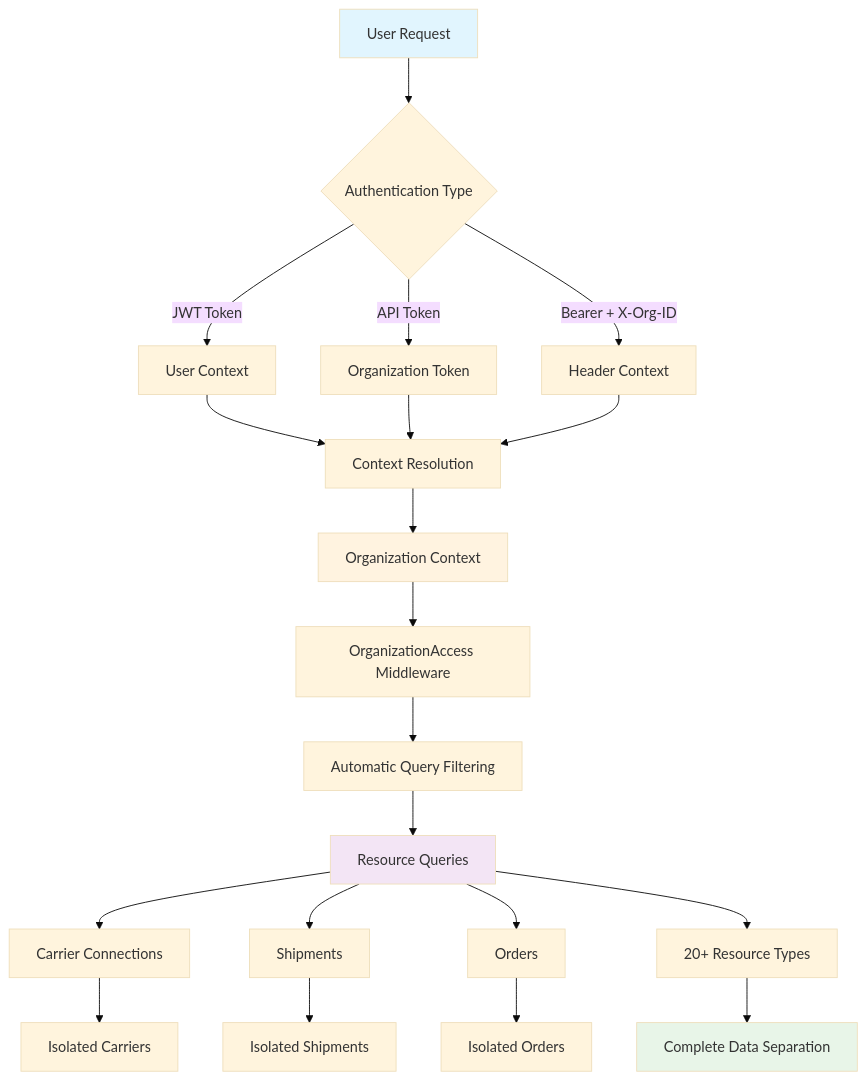
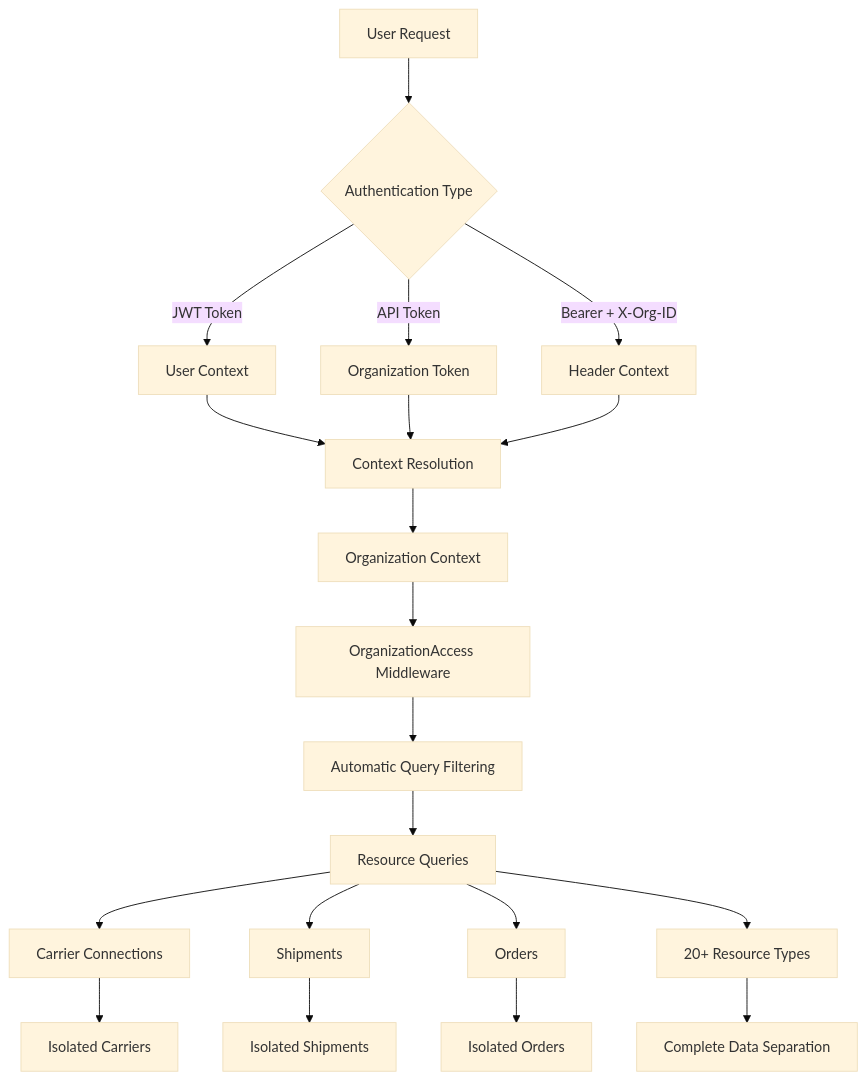
Before and after one commit to karrioapi/karrio: the first of 2 diagrams in apps/web/src/app/docs/products/multi-orgs/page.mdx, drawn with Mermaid (base theme). The commit also changed other lines of this file and 34 other files, not shown here.

````diff
--- a/apps/web/src/app/docs/products/multi-orgs/page.mdx
+++ b/apps/web/src/app/docs/products/multi-orgs/page.mdx
@@ -55,32 +55,29 @@
 ```mermaid
 flowchart TD
     A[User Request] --> B{Authentication Type}
     B -->|JWT Token| C[User Context]
     B -->|API Token| D[Organization Token]
     B -->|Bearer + X-Org-ID| E[Header Context]
 
     C --> F[Context Resolution]
     D --> F
     E --> F
 
     F --> G[Organization Context]
     G --> H[OrganizationAccess Middleware]
 
     H --> I[Automatic Query Filtering]
     I --> J[Resource Queries]
 
     J --> K[Carrier Connections]
     J --> L[Shipments]
     J --> M[Orders]
     J --> N[20+ Resource Types]
 
     K --> O[Isolated Carriers]
     L --> P[Isolated Shipments]
     M --> Q[Isolated Orders]
     N --> R[Complete Data Separation]
 
-    style A fill:#e1f5fe
-    style G fill:#fff3e0
-    style R fill:#e8f5e8
-    style J fill:#f3e5f5
+    
 ```
````
